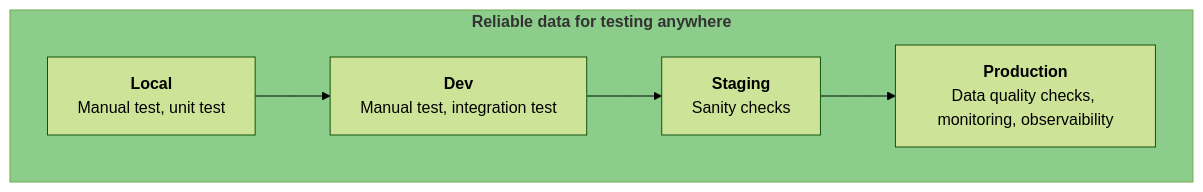
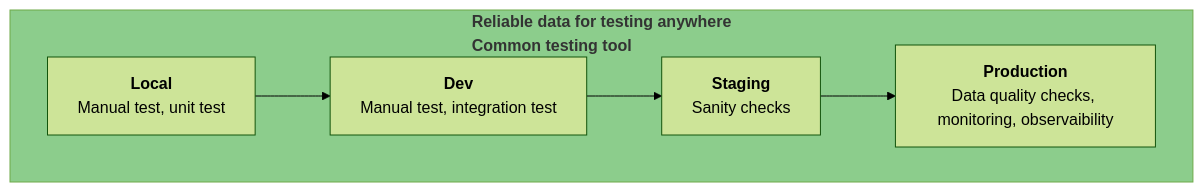
The second of 2 diagrams in docs/use-case/blog/shift-left-data-quality.md (data-catering/data-caterer-docs), drawn with Mermaid (forest theme) before and after one commit. The commit also changed other lines of this file and 8 other files, not shown here.

Commit message:
Add in roadmap item for validations to check for column names

````diff
--- a/docs/use-case/blog/shift-left-data-quality.md
+++ b/docs/use-case/blog/shift-left-data-quality.md
@@ -35,16 +35,16 @@
 ``` mermaid
 graph LR
-  subgraph qualityData[<b>Reliable data for testing anywhere</b>]
+  subgraph qualityData[<b>Reliable data for testing anywhere<br>Common testing tool</b>]
   direction LR
   local[<b>Local</b>\nManual test, unit test]
   dev[<b>Dev</b>\nManual test, integration test]
   stg[<b>Staging</b>\nSanity checks]
   prod[<b>Production</b>\nData quality checks, monitoring, observaibility]
   end
   
   style qualityData fill:#5cb85c,fill-opacity:0.7
   
   local --> dev
   dev --> stg
   stg --> prod
 ```
````
